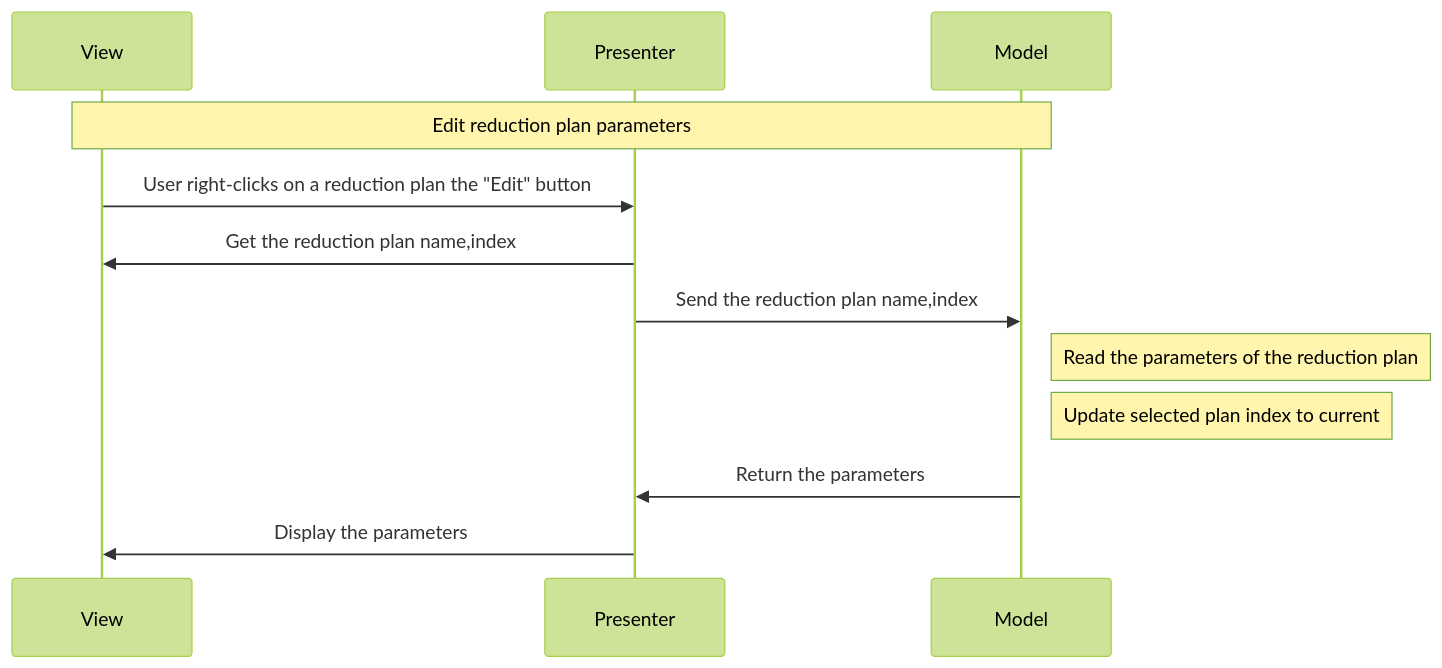
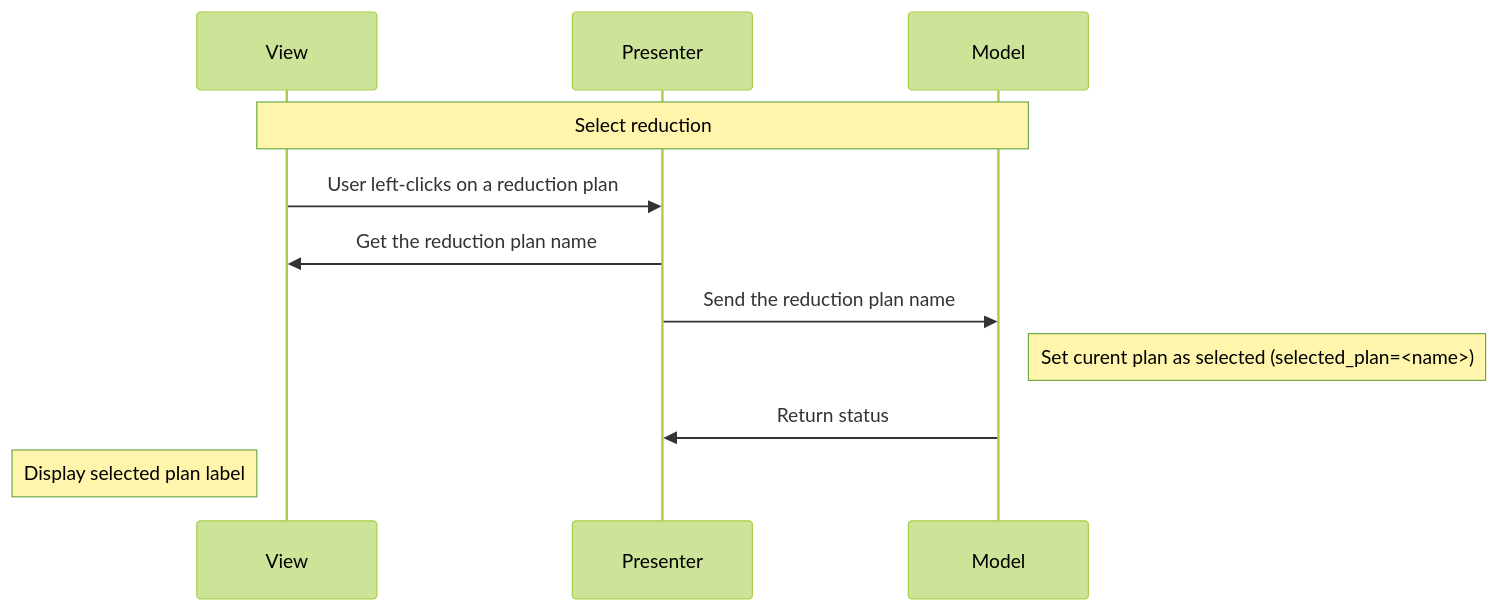
One commit to neutrons/garnet changed diagram 11 of 14 in docs/source/design/reduction_plan_mvp.rst. Above: the diagram before and after it, drawn with Mermaid (forest theme). The commit also changed other lines of this file and 4 other files, not shown here.

```diff
--- a/docs/source/design/reduction_plan_mvp.rst
+++ b/docs/source/design/reduction_plan_mvp.rst
@@ -349,15 +443,14 @@
-.. mermaid::
+    .. mermaid::
 
-    sequenceDiagram
-        participant View
-        participant Presenter
-        participant Model
+        sequenceDiagram
+            participant View
+            participant Presenter
+            participant Model
 
-        Note over View,Model: Edit reduction plan parameters
-        View->>Presenter: User right-clicks on a reduction plan the "Edit" button
-        Presenter->>View: Get the reduction plan name,index
-        Presenter->>Model: Send the reduction plan name,index
-        Note right of Model: Read the parameters of the reduction plan
-        Note right of Model: Update selected plan index to current
-        Model->>Presenter: Return the parameters
-        Presenter->>View: Display the parameters
+            Note over View,Model: Select reduction
+            View->>Presenter: User left-clicks on a reduction plan
+            Presenter->>View: Get the reduction plan name
+            Presenter->>Model: Send the reduction plan name
+            Note right of Model: Set curent plan as selected (selected_plan=<name>)
+            Model->>Presenter: Return status
+            Note left of View: Display selected plan label
```
